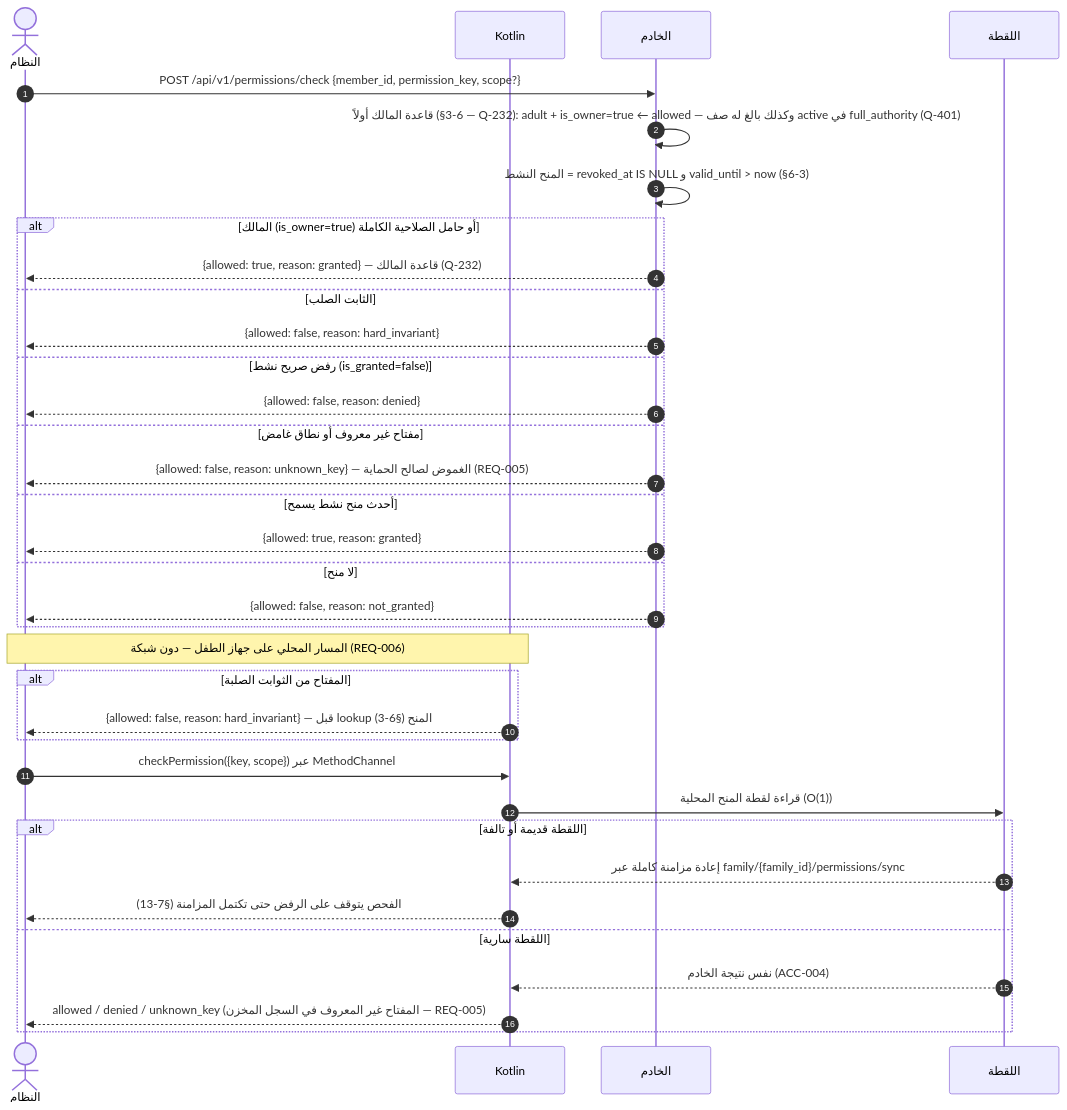
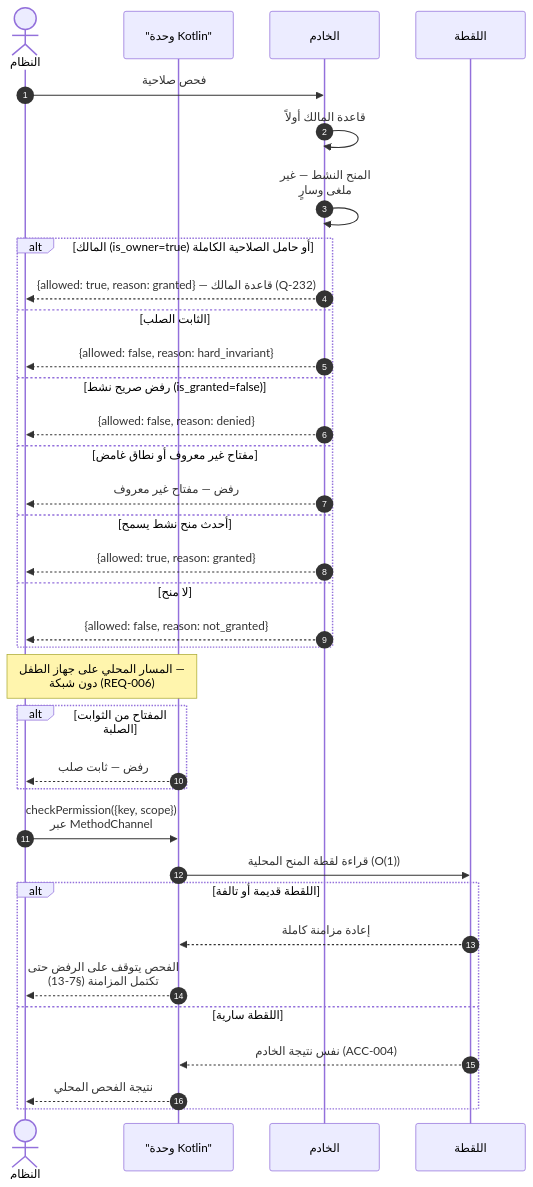
The eighth of 39 diagrams in docs/family-os/governance/phases/phase-1/S1-03-family-roles-and-permissions/DIAGRAMS.md (Bassam-mohammed-alqaeadi/family-os-v2), drawn with Mermaid before and after one commit. The commit also changed other lines of this file, not shown here.

````diff
--- a/docs/family-os/governance/phases/phase-1/S1-03-family-roles-and-permissions/DIAGRAMS.md
+++ b/docs/family-os/governance/phases/phase-1/S1-03-family-roles-and-permissions/DIAGRAMS.md
@@ -377,37 +409,38 @@
 ```mermaid
+%%{init: {"sequence": {"wrap": true}}}%%
 sequenceDiagram
     autonumber
     actor System as النظام
-    participant K as Kotlin
+    participant K as "وحدة Kotlin"
     participant Ktor as الخادم
     participant Snapshot as اللقطة
-    System->>Ktor: POST /api/v1/permissions/check {member_id, permission_key, scope?}
-    Ktor->>Ktor: قاعدة المالك أولاً (§6-3 — Q-232): adult + is_owner=true ← allowed — وكذلك بالغ له صف active في full_authority (Q-401)
-    Ktor->>Ktor: المنح النشط = revoked_at IS NULL و valid_until > now (§6-3)
+    System->>Ktor: فحص صلاحية
+    Ktor->>Ktor: قاعدة المالك أولاً
+    Ktor->>Ktor: المنح النشط — غير ملغى وسارٍ
     alt المالك (is_owner=true) أو حامل الصلاحية الكاملة
         Ktor-->>System: {allowed: true, reason: granted} — قاعدة المالك (Q-232)
     else الثابت الصلب
         Ktor-->>System: {allowed: false, reason: hard_invariant}
     else رفض صريح نشط (is_granted=false)
         Ktor-->>System: {allowed: false, reason: denied}
     else مفتاح غير معروف أو نطاق غامض
-        Ktor-->>System: {allowed: false, reason: unknown_key} — الغموض لصالح الحماية (REQ-005)
+        Ktor-->>System: رفض — مفتاح غير معروف
     else أحدث منح نشط يسمح
         Ktor-->>System: {allowed: true, reason: granted}
     else لا منح
         Ktor-->>System: {allowed: false, reason: not_granted}
     end
     Note over System,K: المسار المحلي على جهاز الطفل — دون شبكة (REQ-006)
     alt المفتاح من الثوابت الصلبة
-        K-->>System: {allowed: false, reason: hard_invariant} — قبل lookup المنح (§6-3)
+        K-->>System: رفض — ثابت صلب
     end
     System->>K: checkPermission({key, scope}) عبر MethodChannel
     K->>Snapshot: قراءة لقطة المنح المحلية (O(1))
     alt اللقطة قديمة أو تالفة
-        Snapshot-->>K: إعادة مزامنة كاملة عبر family/{family_id}/permissions/sync
+        Snapshot-->>K: إعادة مزامنة كاملة
         K-->>System: الفحص يتوقف على الرفض حتى تكتمل المزامنة (§7-13)
     else اللقطة سارية
         Snapshot-->>K: نفس نتيجة الخادم (ACC-004)
-        K-->>System: allowed / denied / unknown_key (المفتاح غير المعروف في السجل المخزن — REQ-005)
+        K-->>System: نتيجة الفحص المحلي
     end
 ```
````
